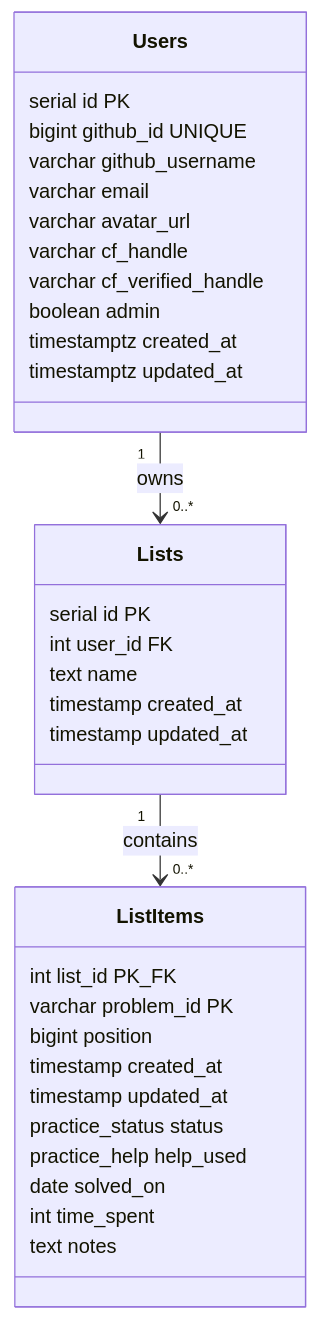
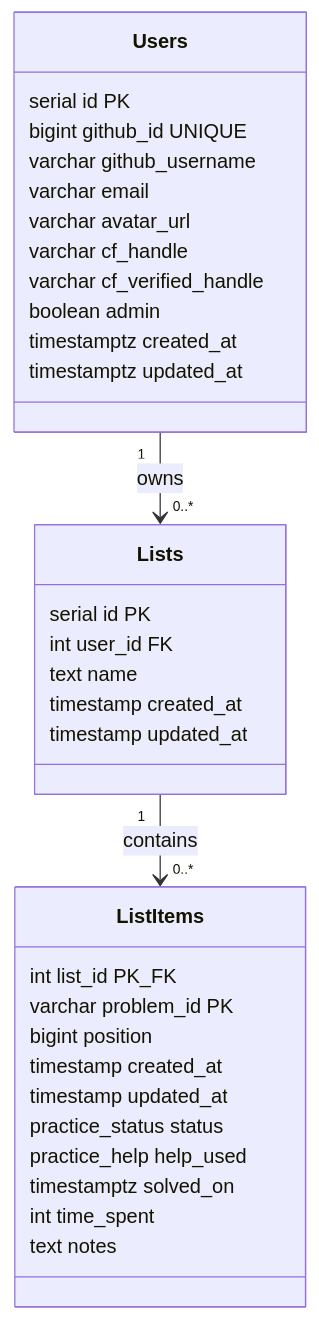
Before and after one commit to mbashem/cftracker: the seventh of 7 diagrams in backend/ARCHITECTURE.md, drawn with Mermaid. The commit also changed 46 other files, not shown here.

````diff
--- a/backend/ARCHITECTURE.md
+++ b/backend/ARCHITECTURE.md
@@ -534,36 +534,36 @@
 ```mermaid
 classDiagram
     class Users {
         serial id PK
         bigint github_id UNIQUE
         varchar github_username
         varchar email
         varchar avatar_url
         varchar cf_handle
         varchar cf_verified_handle
         boolean admin
         timestamptz created_at
         timestamptz updated_at
     }
     class Lists {
         serial id PK
         int user_id FK
         text name
         timestamp created_at
         timestamp updated_at
     }
     class ListItems {
         int list_id PK_FK
         varchar problem_id PK
         bigint position
         timestamp created_at
         timestamp updated_at
         practice_status status
         practice_help help_used
-        date solved_on
+        timestamptz solved_on
         int time_spent
         text notes
     }
     Users "1" --> "0..*" Lists : owns
     Lists "1" --> "0..*" ListItems : contains
 ```
````
